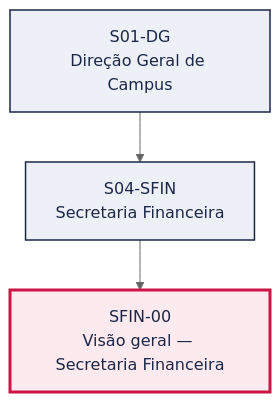
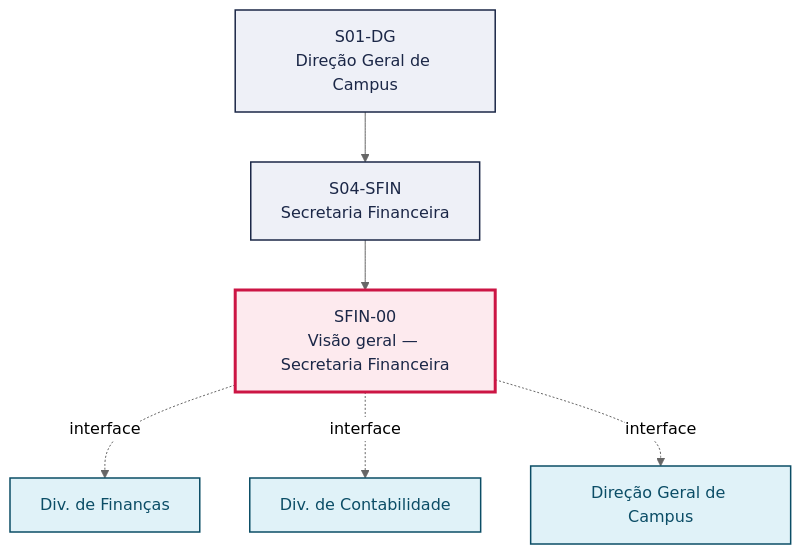
One commit to jessefers/canvas-vivo-atdg changed the first of 2 diagrams in pops/SFIN/SFIN-00.md. Above: the diagram before and after it, drawn with Mermaid (neutral theme). The commit also changed other lines of this file and 95 other files, not shown here.

````diff
--- a/pops/SFIN/SFIN-00.md
+++ b/pops/SFIN/SFIN-00.md
@@ -49,13 +49,20 @@
 ```mermaid
 graph TD
   S01_DG["S01-DG<br/>Direção Geral de Campus"]
   S04_SFIN["S04-SFIN<br/>Secretaria Financeira"]
   S01_DG --> S04_SFIN
   P["SFIN-00<br/>Visão geral — Secretaria Financeira"]
   S04_SFIN --> P
+  V1["Div. de Finanças"]
+  P -. interface .-> V1
+  V2["Div. de Contabilidade"]
+  P -. interface .-> V2
+  V3["Direção Geral de Campus"]
+  P -. interface .-> V3
   classDef setor fill:#EEF0F7,stroke:#1B2747,stroke-width:1.5px,color:#1B2747
   classDef destaque fill:#FDEAEE,stroke:#CC1544,stroke-width:3px,color:#1B2747
   classDef vizinho fill:#E0F2F8,stroke:#0B4D66,stroke-width:1.5px,color:#0B4D66
   class S01_DG,S04_SFIN setor
   class P destaque
+  class V1,V2,V3 vizinho
 ```
````
